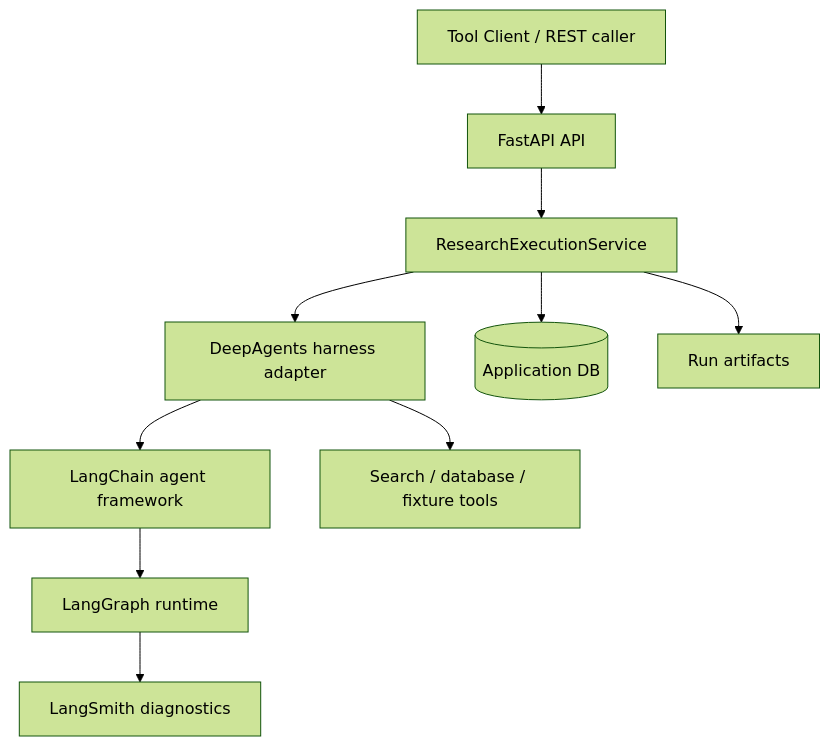
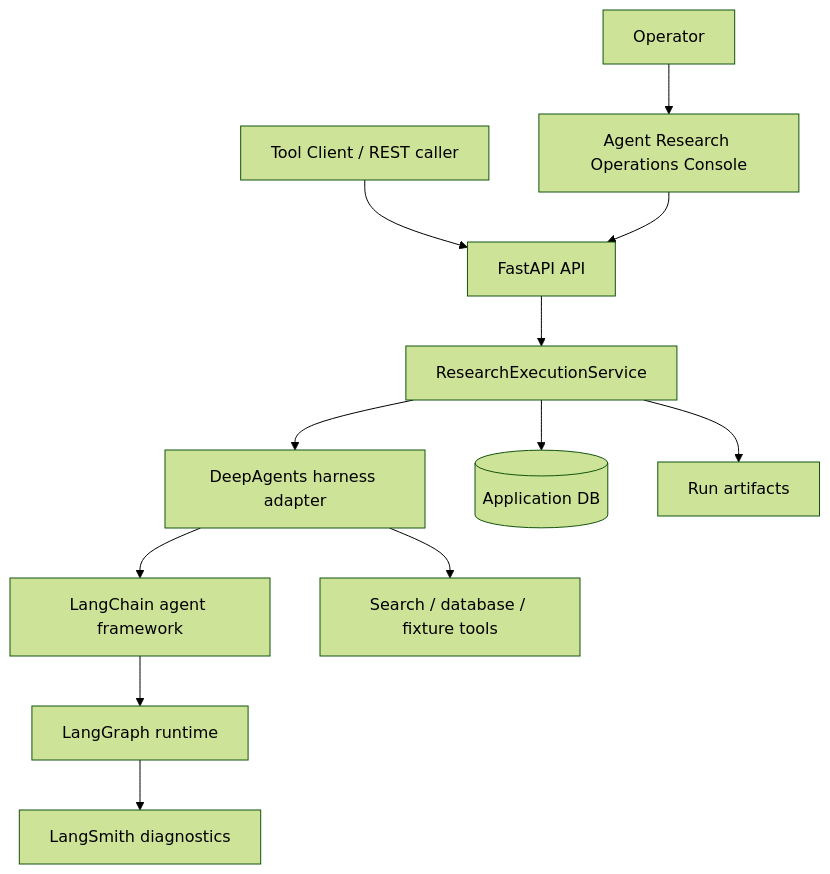
One commit to iTao-AI/deep-search-agent changed the diagram in docs/architecture.md. Above: the diagram before and after it, drawn with Mermaid (forest theme). The commit also changed other lines of this file and 22 other files, not shown here.

First line of the commit message:
feat(frontend): add bounded live demo console flow

````diff
--- a/docs/architecture.md
+++ b/docs/architecture.md
@@ -11,12 +11,14 @@
 ```mermaid
 flowchart TD
     Client["Tool Client / REST caller"] --> API["FastAPI API"]
+    Operator["Operator"] --> Console["Agent Research Operations Console"]
+    Console --> API
     API --> Service["ResearchExecutionService"]
     Service --> Harness["DeepAgents harness adapter"]
     Harness --> Framework["LangChain agent framework"]
     Framework --> Runtime["LangGraph runtime"]
     Harness --> Tools["Search / database / fixture tools"]
     Service --> Ledger[("Application DB")]
     Service --> Artifacts["Run artifacts"]
     Runtime --> Trace["LangSmith diagnostics"]
 ```
````
